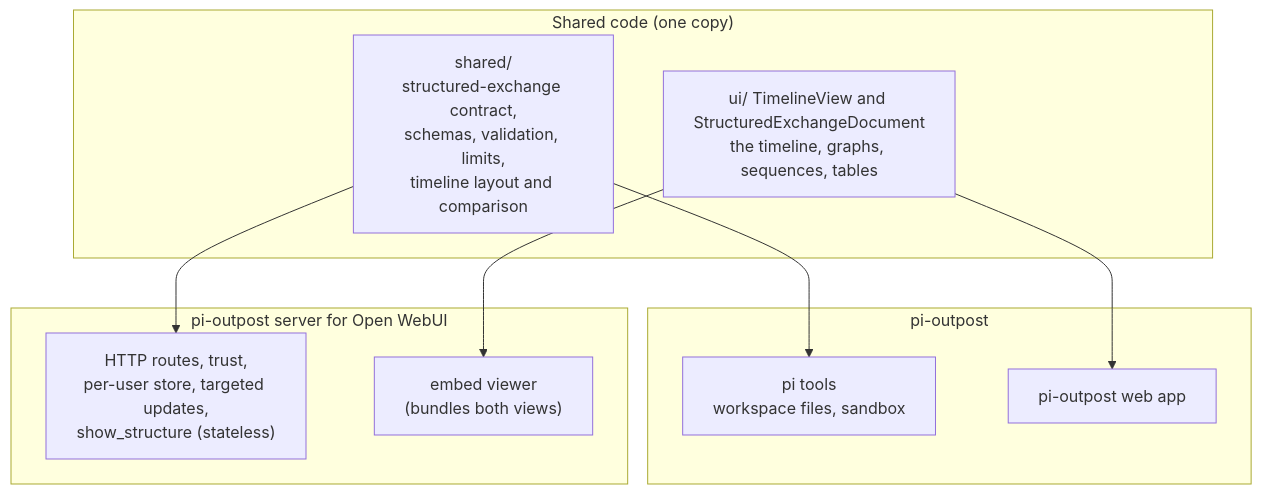
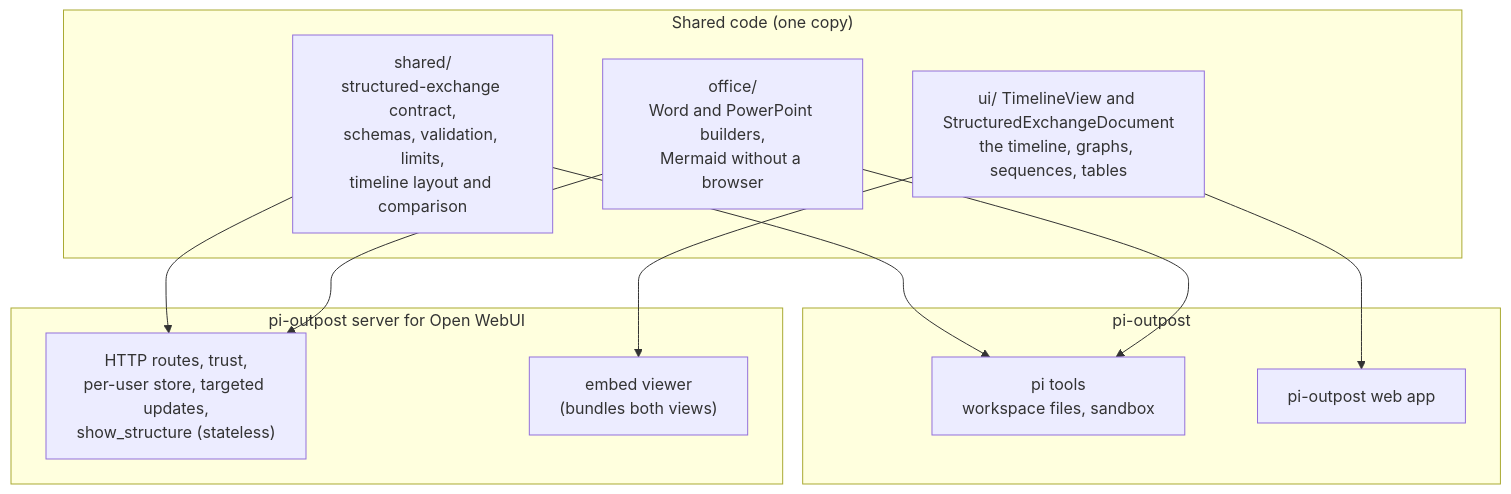
One commit to laurentftech/pi-outpost changed the third of 3 diagrams in docs/openwebui-architecture.md. Above: the diagram before and after it, drawn with Mermaid. The commit also changed other lines of this file and 105 other files, not shown here.

Commit message:
Word and PowerPoint documents in Open WebUI, with Mermaid and pictures (#298)

````diff
--- a/docs/openwebui-architecture.md
+++ b/docs/openwebui-architecture.md
@@ -226,19 +247,22 @@
 ```mermaid
 flowchart TB
   subgraph shared["Shared code (one copy)"]
     C["shared/<br/>structured-exchange contract,<br/>schemas, validation, limits,<br/>timeline layout and comparison"]
+    O["office/<br/>Word and PowerPoint builders,<br/>Mermaid without a browser"]
     UIV["ui/ TimelineView and StructuredExchangeDocument<br/>the timeline, graphs, sequences, tables"]
   end
   subgraph po["pi-outpost"]
     PT["pi tools<br/>workspace files, sandbox"]
     PUI["pi-outpost web app"]
   end
   subgraph ow["pi-outpost server for Open WebUI"]
     R["HTTP routes, trust,<br/>per-user store, targeted updates,<br/>show_structure (stateless)"]
     E["embed viewer<br/>(bundles both views)"]
   end
   C --> PT
   C --> R
+  O --> PT
+  O --> R
   UIV --> PUI
   UIV --> E
 ```
````
